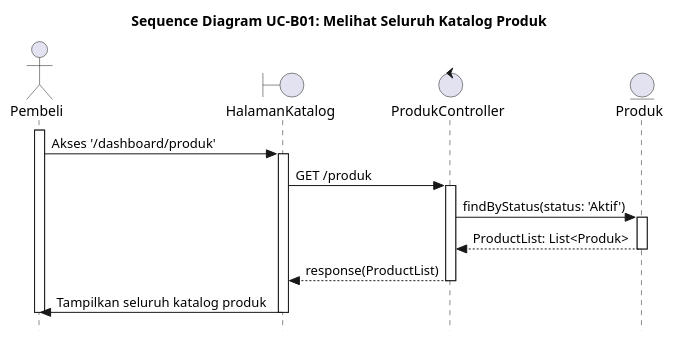
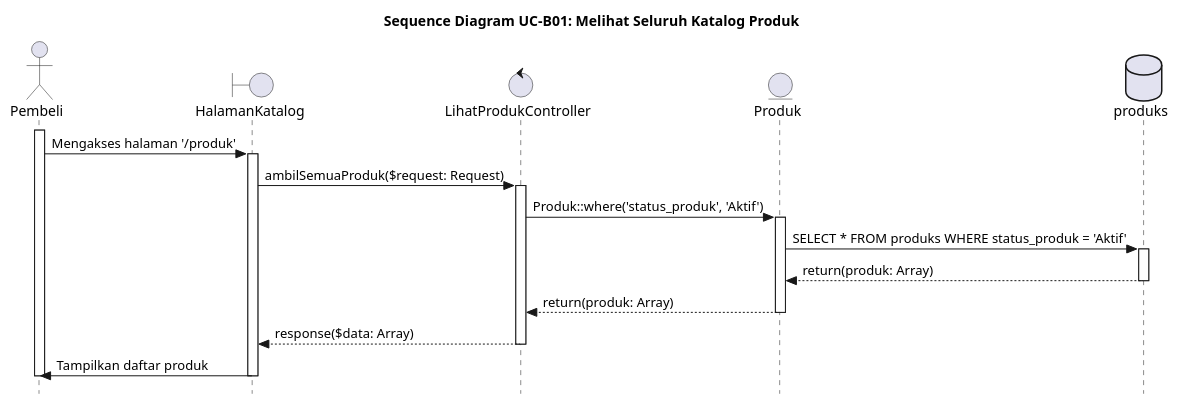
One commit to alfiahnurfa/RSI-PROYEK-AKHIR-SEQUENCE changed the diagram in UC-B01.PUML. Above: the diagram before and after it, drawn with PlantUML. The commit also changed 8 other files, not shown here.

Commit message:
fix bbrp sequence diagram

```diff
--- a/UC-B01.PUML
+++ b/UC-B01.PUML
@@ -1,29 +1,35 @@
 @startuml SD-UC-B01_MelihatKatalog
 title Sequence Diagram UC-B01: Melihat Seluruh Katalog Produk
 skinparam style strictuml
 
 actor Pembeli
 boundary HalamanKatalog
-control ProdukController
+control LihatProdukController
 entity Produk
+database produks
 
 activate Pembeli
-Pembeli -> HalamanKatalog : Akses '/dashboard/produk'
+Pembeli -> HalamanKatalog : Mengakses halaman '/produk'
 activate HalamanKatalog
 
-HalamanKatalog -> ProdukController : GET /produk
-activate ProdukController
+HalamanKatalog -> LihatProdukController : ambilSemuaProduk($request: Request)
+activate LihatProdukController
 
-ProdukController -> Produk : findByStatus(status: 'Aktif')
+LihatProdukController -> Produk : Produk::where('status_produk', 'Aktif')
 activate Produk
-Produk --> ProdukController : ProductList: List<Produk>
+
+Produk -> produks : SELECT * FROM produks WHERE status_produk = 'Aktif'
+activate produks
+produks --> Produk : return(produk: Array)
+deactivate produks
+
+Produk --> LihatProdukController : return(produk: Array)
 deactivate Produk
 
-ProdukController --> HalamanKatalog : response(ProductList)
-deactivate ProdukController
-
-HalamanKatalog -> Pembeli : Tampilkan seluruh katalog produk
+LihatProdukController --> HalamanKatalog : response($data: Array)
+deactivate LihatProdukController
+    
+HalamanKatalog -> Pembeli : Tampilkan daftar produk
 deactivate HalamanKatalog
 deactivate Pembeli
-
 @enduml
```
